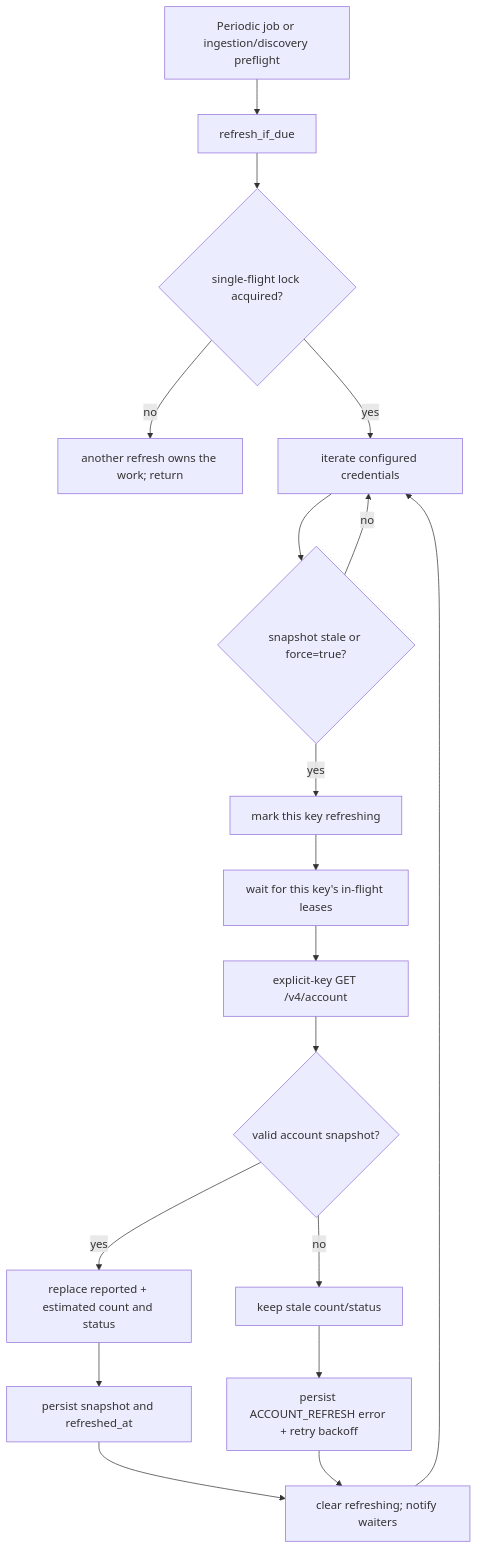
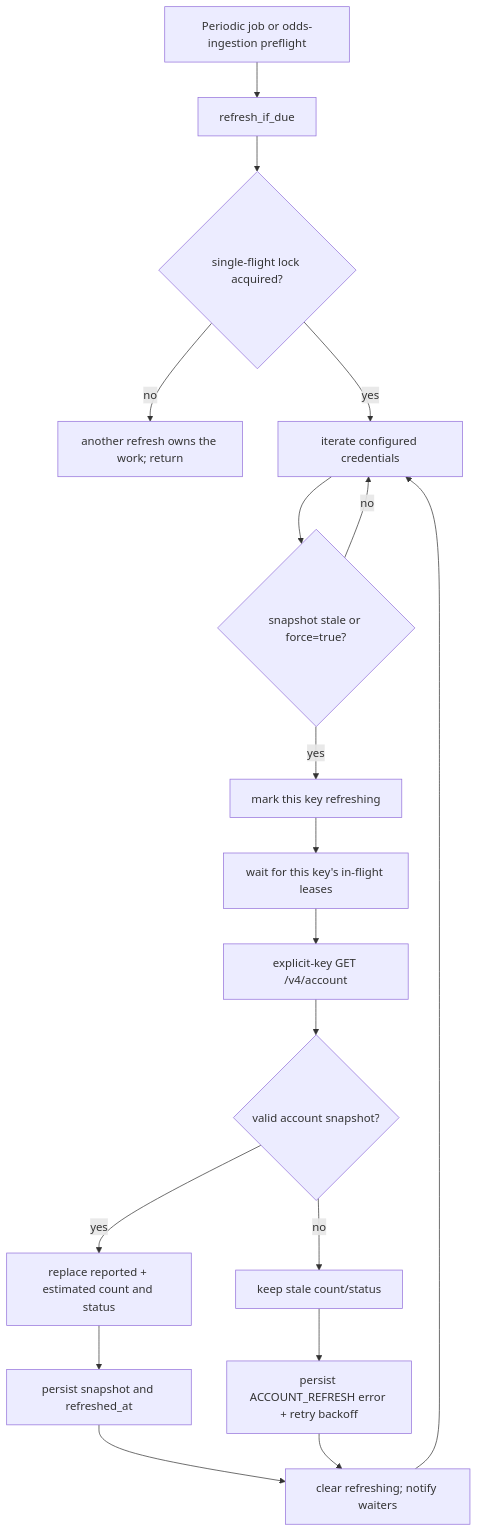
One commit to GadielRP/scraping_with_api changed the fifth of 5 diagrams in docs/providers/pre_start_odds_ingestion.md. Above: the diagram before and after it, drawn with Mermaid. The commit also changed other lines of this file and 21 other files, not shown here.

````diff
--- a/docs/providers/pre_start_odds_ingestion.md
+++ b/docs/providers/pre_start_odds_ingestion.md
@@ -598,20 +589,20 @@
 ```mermaid
 flowchart TD
-    A[Periodic job or ingestion/discovery preflight] --> B[refresh_if_due]
+    A[Periodic job or odds-ingestion preflight] --> B[refresh_if_due]
     B --> C{single-flight lock acquired?}
     C -- no --> X[another refresh owns the work; return]
     C -- yes --> D[iterate configured credentials]
     D --> E{snapshot stale or force=true?}
     E -- no --> D
     E -- yes --> F[mark this key refreshing]
     F --> G[wait for this key's in-flight leases]
     G --> H[explicit-key GET /v4/account]
     H --> I{valid account snapshot?}
     I -- yes --> J[replace reported + estimated count and status]
     J --> K[persist snapshot and refreshed_at]
     I -- no --> L[keep stale count/status]
     L --> M[persist ACCOUNT_REFRESH error + retry backoff]
     K --> N[clear refreshing; notify waiters]
     M --> N
     N --> D
 ```
````
